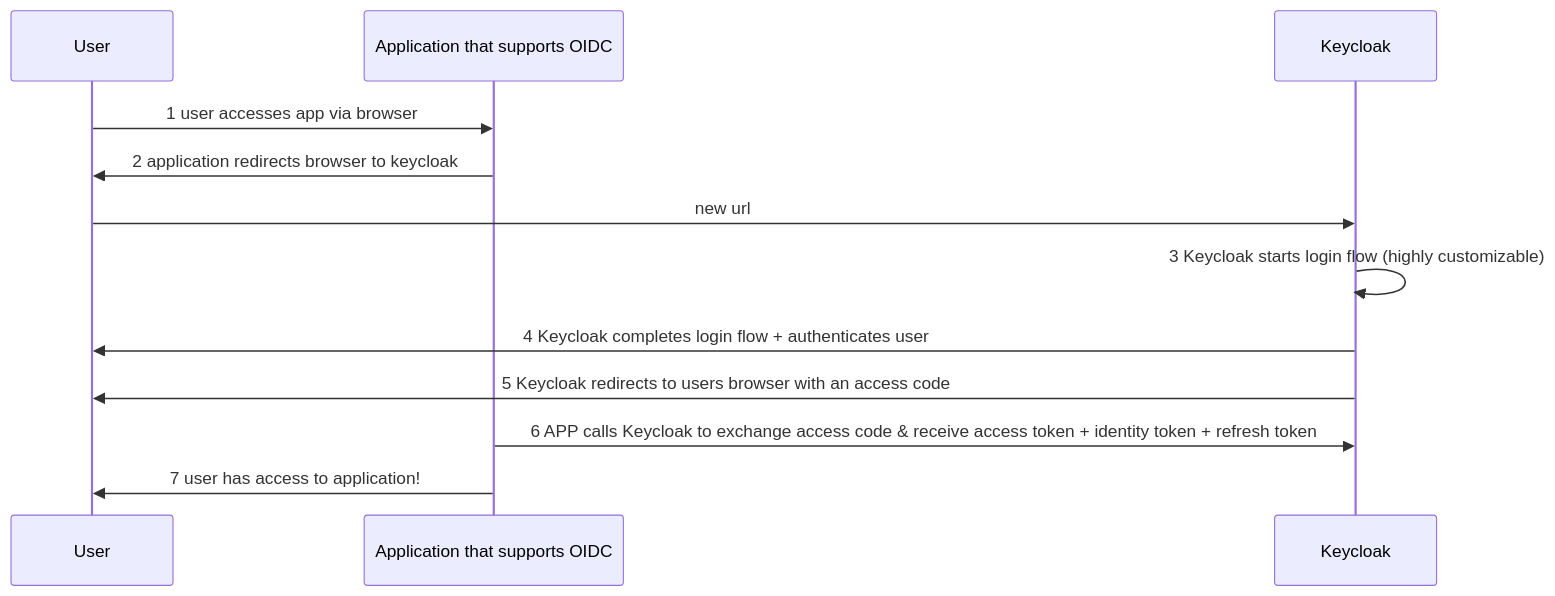
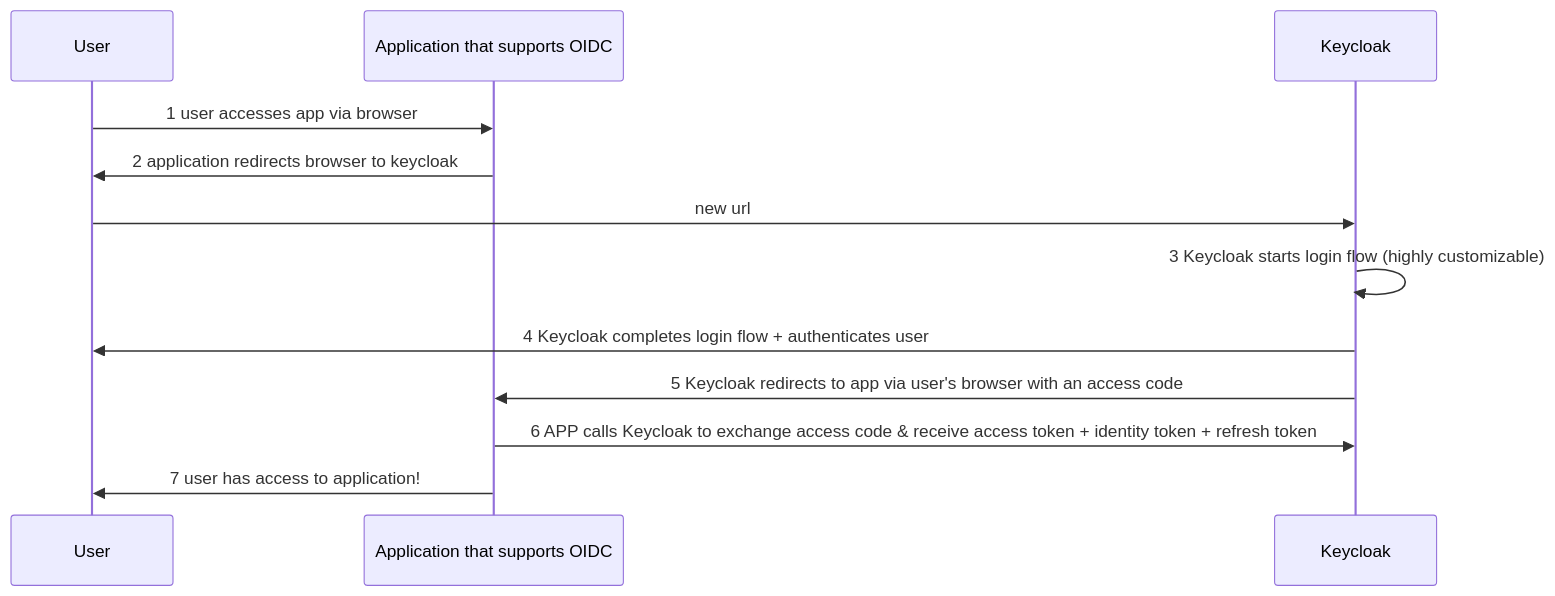
Before and after one commit to wiggitywhitney/board-notes: the diagram in thunder/ep27-keycloak/notes.md, drawn with Mermaid. The commit also changed other lines of this file, not shown here.

Commit message:
fix: correct realm bullet structure, token section header, step 5 wording, load driver subpoint for keycloak notes

````diff
--- a/thunder/ep27-keycloak/notes.md
+++ b/thunder/ep27-keycloak/notes.md
@@ -56,14 +57,14 @@
 ```mermaid
 sequenceDiagram
     participant User
     participant Application as Application that supports OIDC
     participant Keycloak
     User->>Application: 1 user accesses app via browser
     Application->>User: 2 application redirects browser to keycloak
     User->>Keycloak: new url
     Keycloak->>Keycloak: 3 Keycloak starts login flow (highly customizable)
     Keycloak->>User: 4 Keycloak completes login flow + authenticates user
-    Keycloak->>User: 5 Keycloak redirects to users browser with an access code
+    Keycloak->>Application: 5 Keycloak redirects to app via user's browser with an access code
     Application->>Keycloak: 6 APP calls Keycloak to exchange access code & receive access token + identity token + refresh token
     Application->>User: 7 user has access to application!
 ```
````
